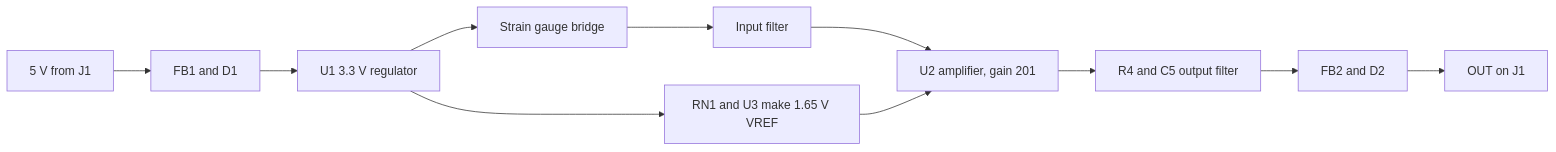
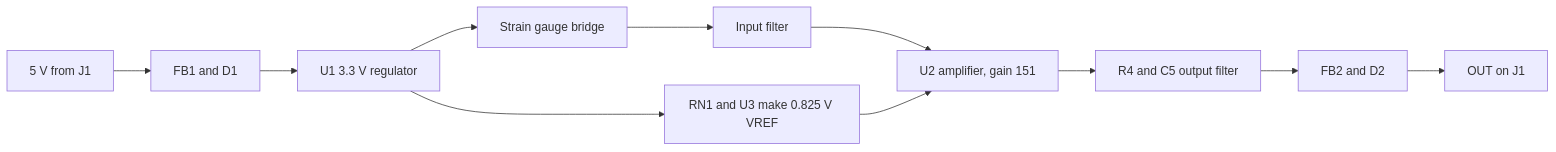
Before and after one commit to m0tei/StrainGauge: the diagram in README.md, drawn with Mermaid. The commit also changed other lines of this file and 10 other files, not shown here.

First line of the commit message:
Change gain to 151 and VREF to 0.825 V for lopsided load

````diff
--- a/README.md
+++ b/README.md
@@ -34,13 +34,13 @@
 ```mermaid
 flowchart LR
     A[5 V from J1] --> B[FB1 and D1]
     B --> C[U1 3.3 V regulator]
     C --> D[Strain gauge bridge]
-    C --> E[RN1 and U3 make 1.65 V VREF]
+    C --> E[RN1 and U3 make 0.825 V VREF]
     D --> F[Input filter]
-    F --> G[U2 amplifier, gain 201]
+    F --> G[U2 amplifier, gain 151]
     E --> G
     G --> H[R4 and C5 output filter]
     H --> I[FB2 and D2]
     I --> J[OUT on J1]
 ```
````
